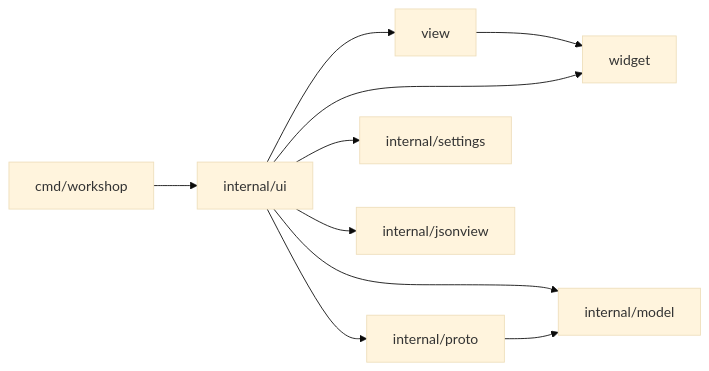
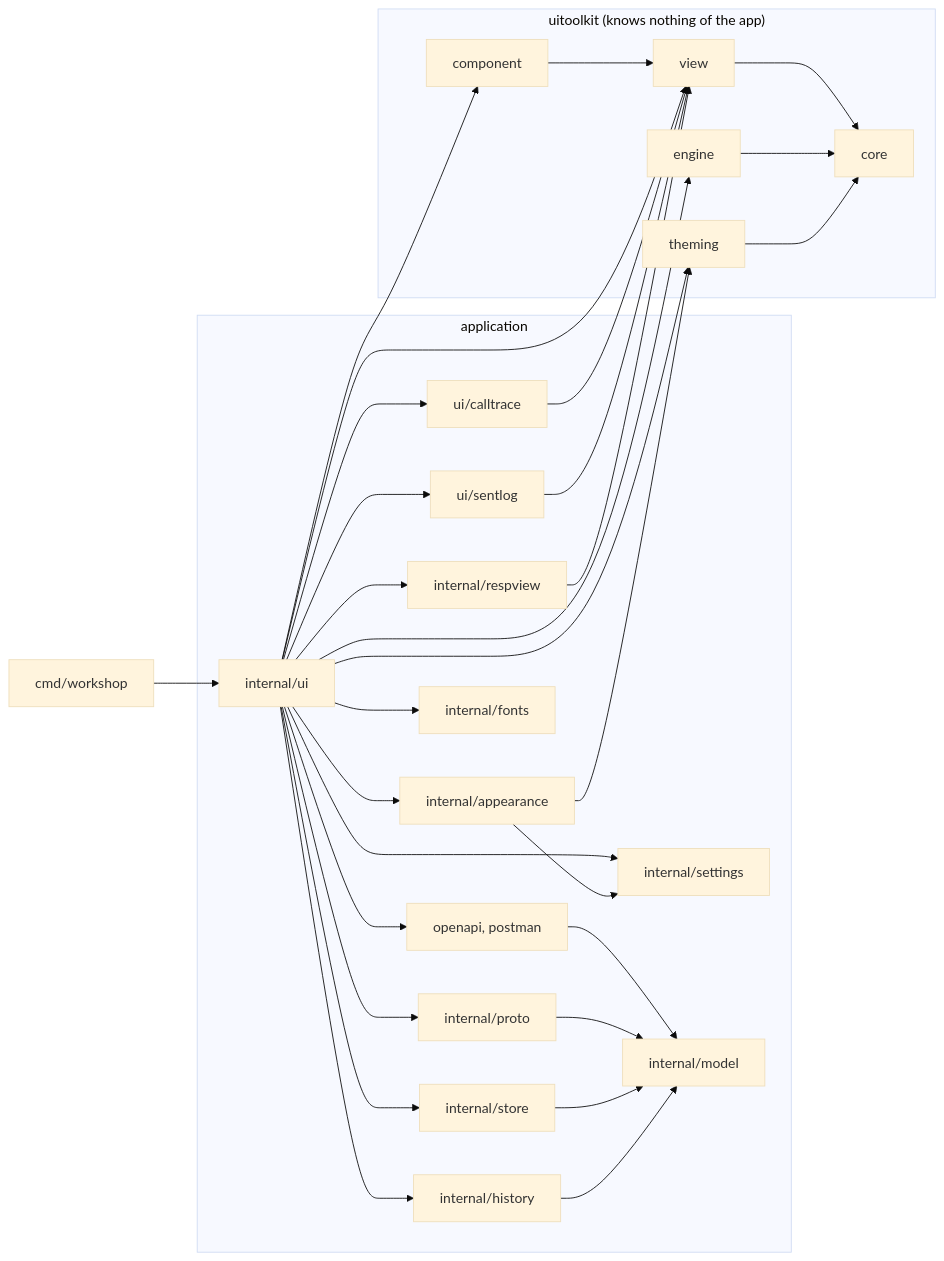
The diagram in .harness/architecture.md (gascoigne-ai/gascoigne-workshop), drawn with Mermaid (base theme) before and after one commit. The commit also changed other lines of this file and 2 other files, not shown here.

Commit message:
docs(harness): architecture diagram and package layout; decision 17
The overview still described the old widget package. It now has a
Mermaid diagram of the real packages (parsed with mermaid.parse), a
package table and a section on how internal/ui is split, and decision
17 records the staged scheme chosen for task 029.

````diff
--- a/.harness/architecture.md
+++ b/.harness/architecture.md
@@ -5,12 +5,35 @@
 ```mermaid
 flowchart LR
   cmd["cmd/workshop"] --> ui["internal/ui"]
-  ui --> view["view"]
-  ui --> proto["internal/proto"]
-  ui --> model["internal/model"]
-  ui --> settings["internal/settings"]
-  ui --> jsonview["internal/jsonview"]
-  proto --> model
-  view --> widget["widget"]
-  ui --> widget
+  subgraph app["application"]
+    ui --> calltrace["ui/calltrace"]
+    ui --> sentlog["ui/sentlog"]
+    ui --> appearance["internal/appearance"]
+    ui --> respview["internal/respview"]
+    ui --> store["internal/store"]
+    ui --> imports["openapi, postman"]
+    ui --> fonts["internal/fonts"]
+    ui --> history["internal/history"]
+    ui --> settings["internal/settings"]
+    ui --> proto["internal/proto"]
+    imports --> model["internal/model"]
+    proto --> model
+    store --> model
+    history --> model
+  end
+  subgraph toolkit["uitoolkit (knows nothing of the app)"]
+    component["component"] --> view["view"]
+    view --> core["core"]
+    engine["engine"] --> core
+    theming["theming"] --> core
+  end
+  ui --> component
+  ui --> view
+  ui --> engine
+  ui --> theming
+  calltrace --> view
+  sentlog --> view
+  appearance --> theming
+  appearance --> settings
+  respview --> view
 ```
````
